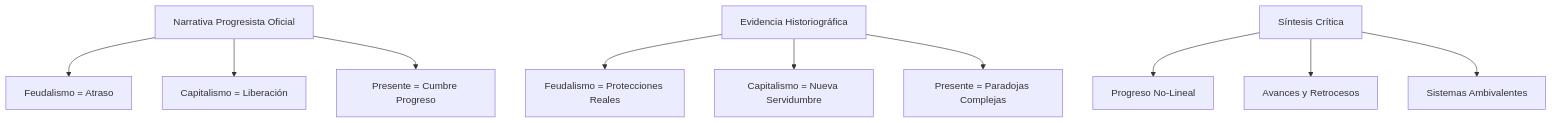
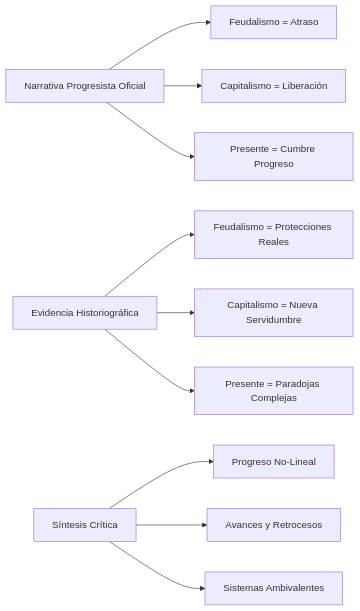
Diagram 21 of 21 in sociologia/rights_comparison_table.md (perpetuocambio/annotations), drawn with Mermaid before and after one commit.

````diff
--- a/sociologia/rights_comparison_table.md
+++ b/sociologia/rights_comparison_table.md
@@ -679,14 +679,14 @@
 ```mermaid
-flowchart TD
+flowchart LR
     A[Narrativa Progresista Oficial] --> B["Feudalismo = Atraso"]
     A --> C["Capitalismo = Liberación"]
     A --> D["Presente = Cumbre Progreso"]
     
     E[Evidencia Historiográfica] --> F["Feudalismo = Protecciones Reales"]
     E --> G["Capitalismo = Nueva Servidumbre"]
     E --> H["Presente = Paradojas Complejas"]
     
     I[Síntesis Crítica] --> J["Progreso No-Lineal"]
     I --> K["Avances y Retrocesos"]
     I --> L["Sistemas Ambivalentes"]
 ```
````
